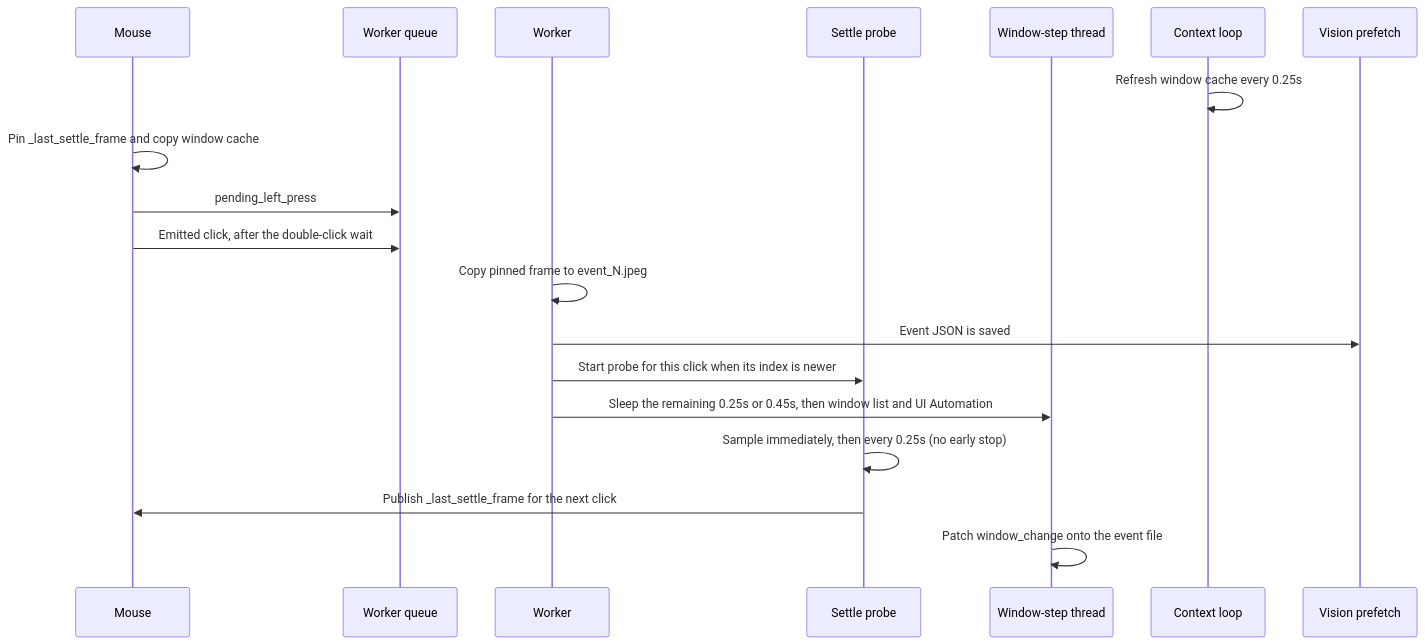
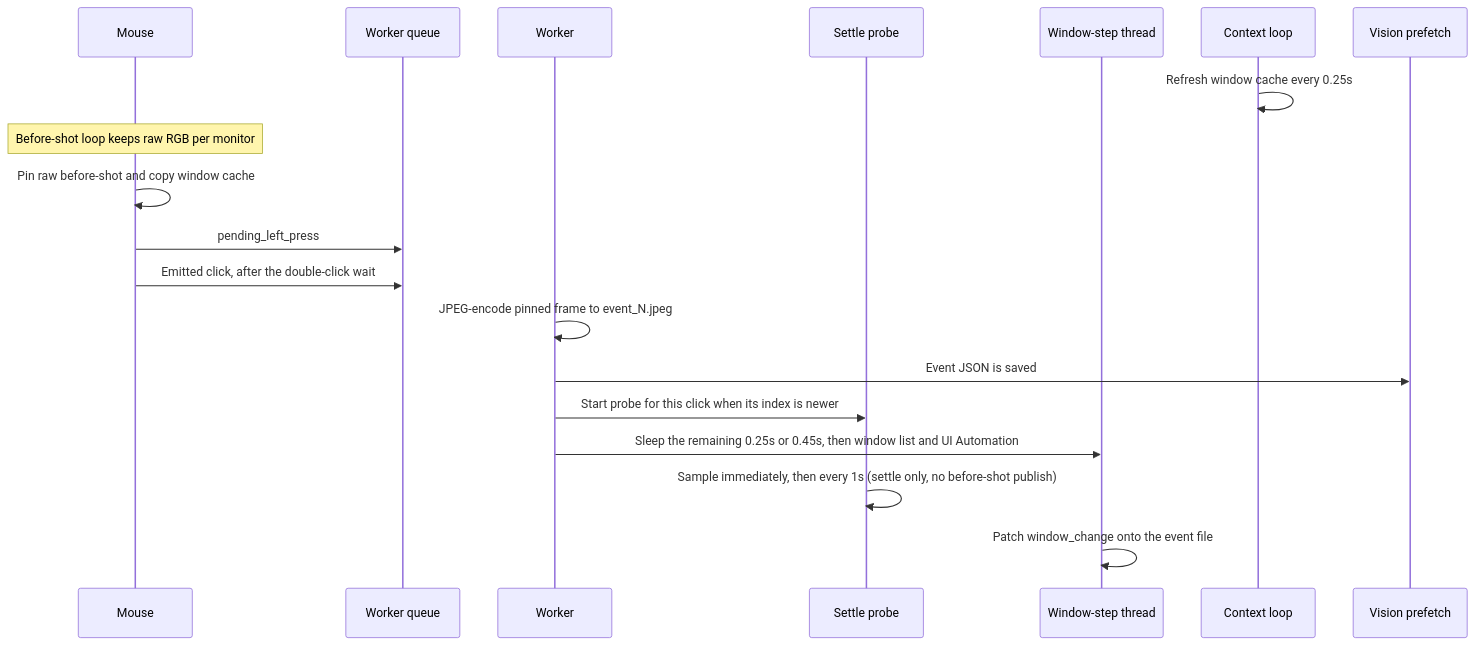
One commit to josephorng/QualityAssuranceAgent changed the second of 2 diagrams in RECORDING_LOOPS.md. Above: the diagram before and after it, drawn with Mermaid. The commit also changed other lines of this file and 4 other files, not shown here.

First line of the commit message:
Keep before-shot loop grab-only and JPEG-encode only on adopt.

````diff
--- a/RECORDING_LOOPS.md
+++ b/RECORDING_LOOPS.md
@@ -111,22 +113,22 @@
 ```mermaid
 sequenceDiagram
   participant Mouse
   participant Queue as Worker queue
   participant Worker
   participant Probe as Settle probe
   participant WindowStep as Window-step thread
   participant Context as Context loop
   participant Vision as Vision prefetch
 
   Context->>Context: Refresh window cache every 0.25s
-  Mouse->>Mouse: Pin _last_settle_frame and copy window cache
+  Note over Mouse: Before-shot loop keeps raw RGB per monitor
+  Mouse->>Mouse: Pin raw before-shot and copy window cache
   Mouse->>Queue: pending_left_press
   Mouse->>Queue: Emitted click, after the double-click wait
-  Worker->>Worker: Copy pinned frame to event_N.jpeg
+  Worker->>Worker: JPEG-encode pinned frame to event_N.jpeg
   Worker->>Vision: Event JSON is saved
   Worker->>Probe: Start probe for this click when its index is newer
   Worker->>WindowStep: Sleep the remaining 0.25s or 0.45s, then window list and UI Automation
-  Probe->>Probe: Sample immediately, then every 0.25s (no early stop)
-  Probe->>Mouse: Publish _last_settle_frame for the next click
+  Probe->>Probe: Sample immediately, then every 1s (settle only, no before-shot publish)
   WindowStep->>WindowStep: Patch window_change onto the event file
 ```
````
